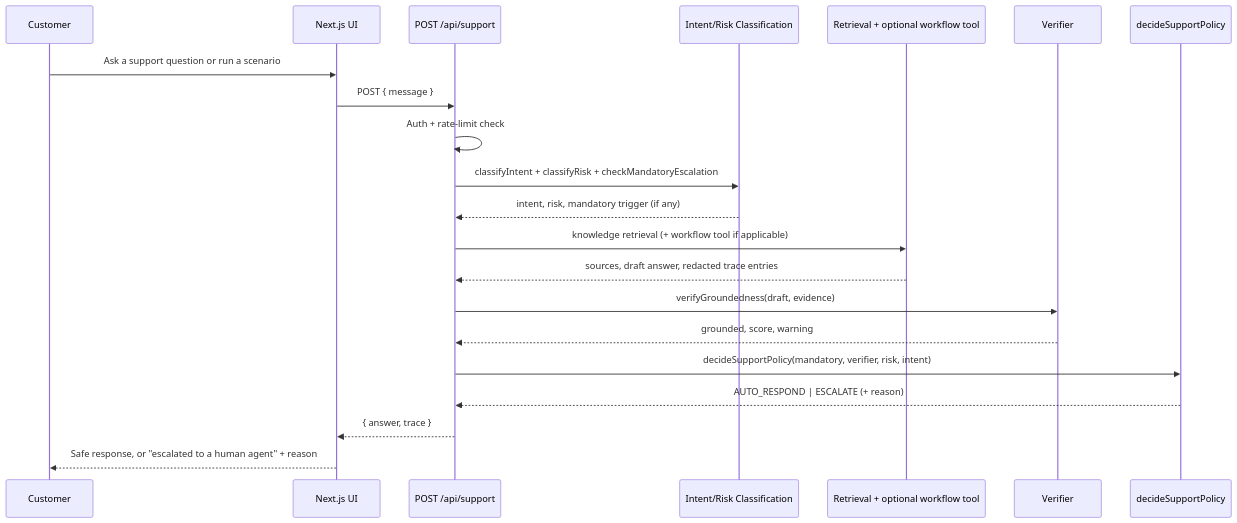
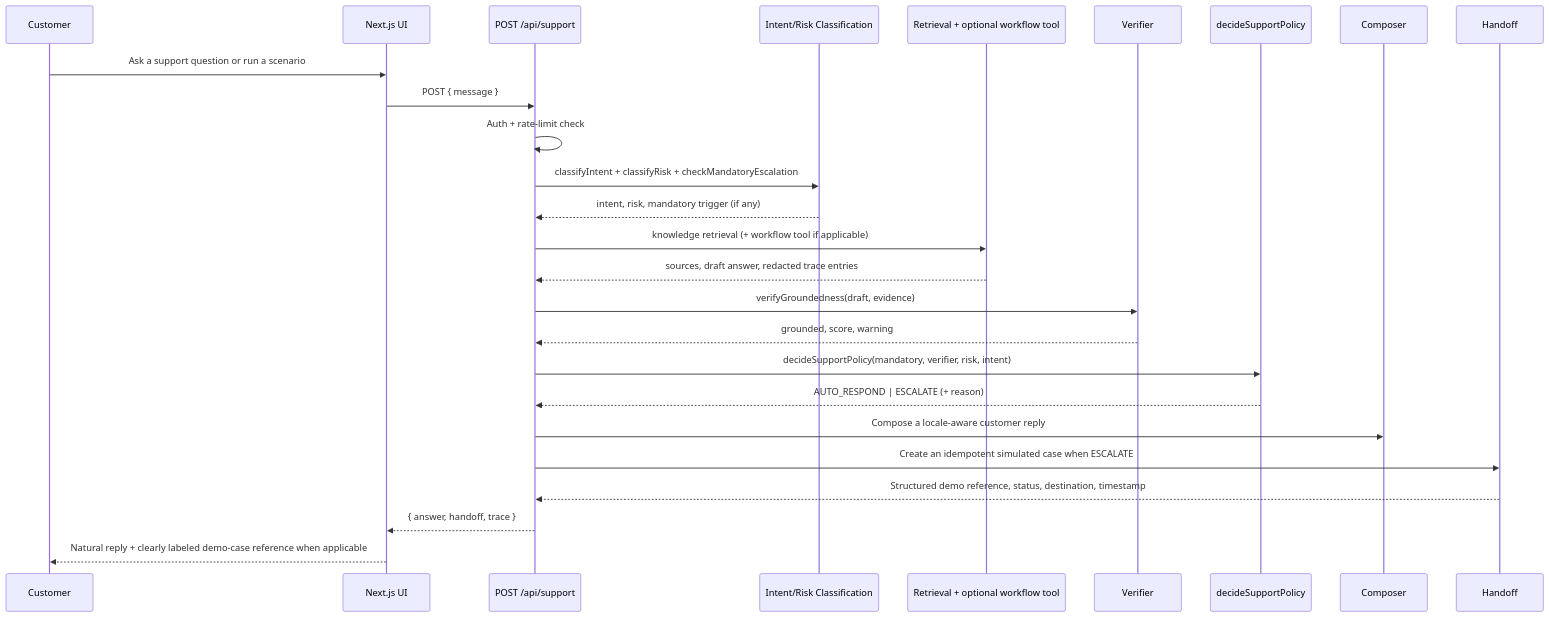
One commit to Palatip18/ai-operations-studio changed the third of 3 diagrams in README.md. Above: the diagram before and after it, drawn with Mermaid. The commit also changed other lines of this file and 8 other files, not shown here.

````diff
--- a/README.md
+++ b/README.md
@@ -195,24 +195,27 @@
 ```mermaid
 sequenceDiagram
   participant Customer
   participant UI as Next.js UI
   participant API as POST /api/support
   participant Classify as Intent/Risk Classification
   participant Tools as Retrieval + optional workflow tool
   participant Verifier
   participant Policy as decideSupportPolicy
 
   Customer->>UI: Ask a support question or run a scenario
   UI->>API: POST { message }
   API->>API: Auth + rate-limit check
   API->>Classify: classifyIntent + classifyRisk + checkMandatoryEscalation
   Classify-->>API: intent, risk, mandatory trigger (if any)
   API->>Tools: knowledge retrieval (+ workflow tool if applicable)
   Tools-->>API: sources, draft answer, redacted trace entries
   API->>Verifier: verifyGroundedness(draft, evidence)
   Verifier-->>API: grounded, score, warning
   API->>Policy: decideSupportPolicy(mandatory, verifier, risk, intent)
   Policy-->>API: AUTO_RESPOND | ESCALATE (+ reason)
-  API-->>UI: { answer, trace }
-  UI-->>Customer: Safe response, or "escalated to a human agent" + reason
+  API->>Composer: Compose a locale-aware customer reply
+  API->>Handoff: Create an idempotent simulated case when ESCALATE
+  Handoff-->>API: Structured demo reference, status, destination, timestamp
+  API-->>UI: { answer, handoff, trace }
+  UI-->>Customer: Natural reply + clearly labeled demo-case reference when applicable
 ```
````
